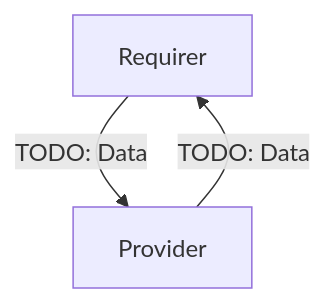
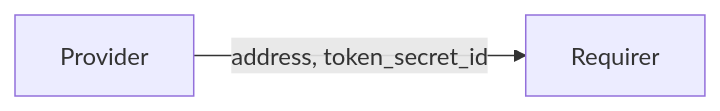
Before and after one commit to canonical/charm-relation-interfaces: the diagram in interfaces/vault_transit/v0/README.md, drawn with Mermaid. The commit also changed other lines of this file and 3 other files, not shown here.

````diff
--- a/interfaces/vault_transit/v0/README.md
+++ b/interfaces/vault_transit/v0/README.md
@@ -9,5 +9,5 @@
 ```mermaid
-flowchart
-    Requirer -- TODO: Data --> Provider
-    Provider -- TODO: Data --> Requirer
+flowchart LR
+    Provider -- address, token_secret_id --> Requirer
+    Requirer
 ```
````
